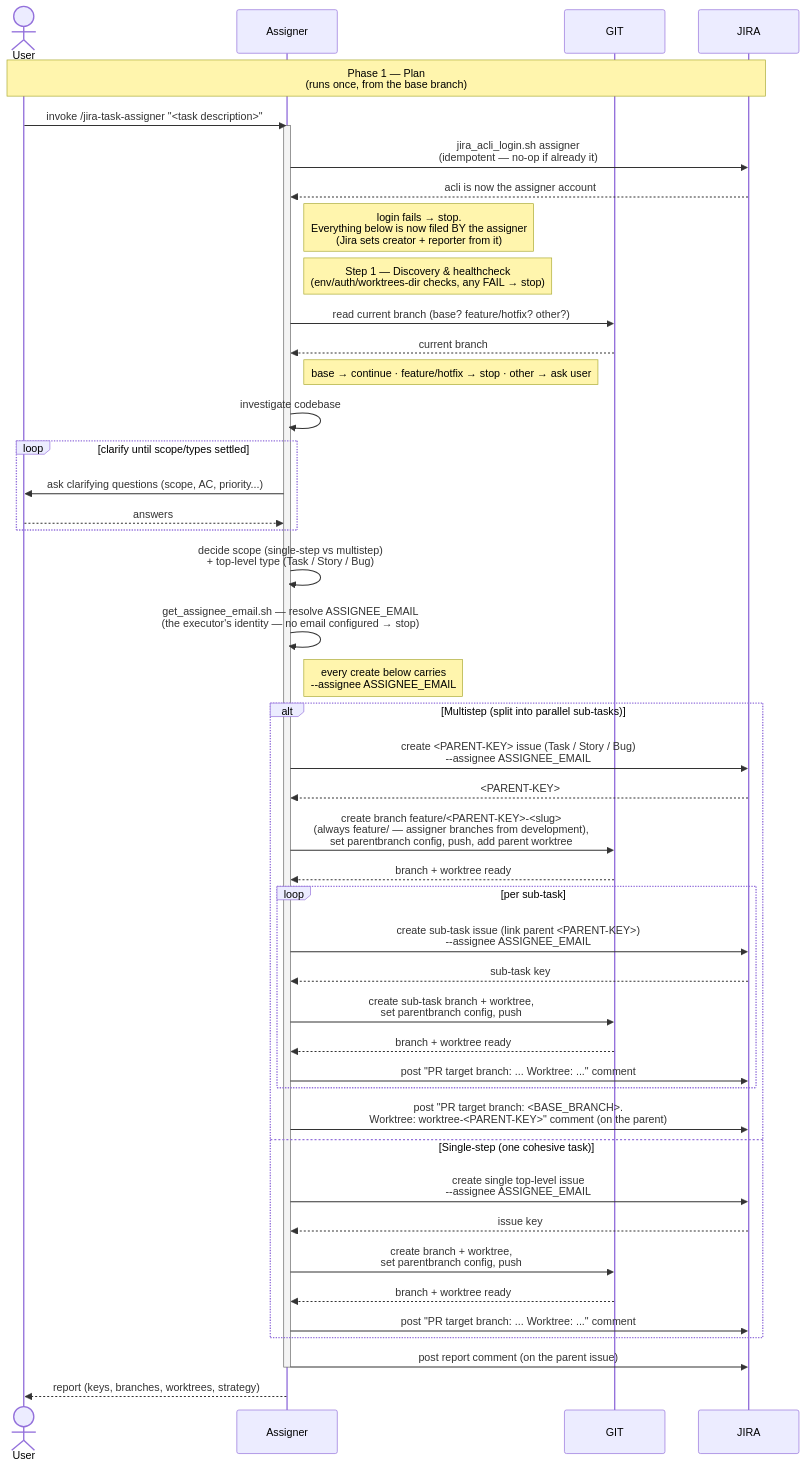
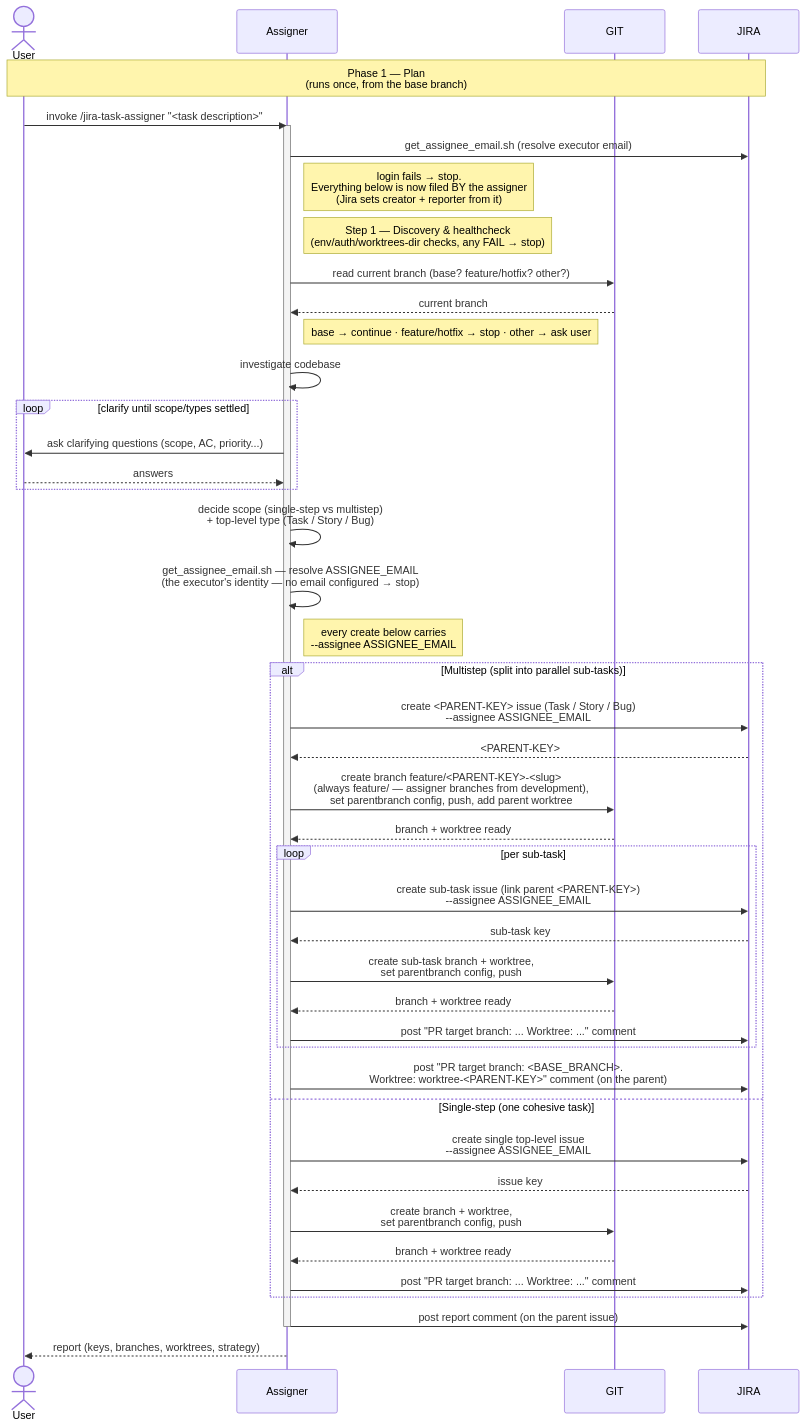
Before and after one commit to kantorv/jira-sdlc-tools: the diagram in plugins/jira-sdlc/docs/TASK-LIFECYCLE-PHASE-1.md, drawn with Mermaid. The commit also changed other lines of this file and 12 other files, not shown here.

````diff
--- a/plugins/jira-sdlc/docs/TASK-LIFECYCLE-PHASE-1.md
+++ b/plugins/jira-sdlc/docs/TASK-LIFECYCLE-PHASE-1.md
@@ -25,55 +25,54 @@
 ```mermaid
 sequenceDiagram
     actor User
     participant Assigner
     participant GIT
     participant JIRA
 
     Note over User,JIRA: Phase 1 — Plan<br/>(runs once, from the base branch)
     User->>Assigner: invoke /jira-task-assigner "<task description>"
 
     activate Assigner
-    Assigner->>JIRA: jira_acli_login.sh assigner<br/>(idempotent — no-op if already it)
-    JIRA-->>Assigner: acli is now the assigner account
+    Assigner->>JIRA: get_assignee_email.sh (resolve executor email)
     Note right of Assigner: login fails → stop.<br/>Everything below is now filed BY the assigner<br/>(Jira sets creator + reporter from it)
     Note right of Assigner: Step 1 — Discovery & healthcheck<br/>(env/auth/worktrees-dir checks, any FAIL → stop)
     Assigner->>GIT: read current branch (base? feature/hotfix? other?)
     GIT-->>Assigner: current branch
     Note right of Assigner: base → continue · feature/hotfix → stop · other → ask user
     Assigner->>Assigner: investigate codebase
 
     loop clarify until scope/types settled
         Assigner->>User: ask clarifying questions (scope, AC, priority...)
         User-->>Assigner: answers
     end
 
     Assigner->>Assigner: decide scope (single-step vs multistep)<br/>+ top-level type (Task / Story / Bug)
 
     Assigner->>Assigner: get_assignee_email.sh — resolve ASSIGNEE_EMAIL<br/>(the executor's identity — no email configured → stop)
     Note right of Assigner: every create below carries<br/>--assignee ASSIGNEE_EMAIL
 
     alt Multistep (split into parallel sub-tasks)
         Assigner->>JIRA: create <PARENT-KEY> issue (Task / Story / Bug)<br/>--assignee ASSIGNEE_EMAIL
         JIRA-->>Assigner: <PARENT-KEY>
         Assigner->>GIT: create branch feature/<PARENT-KEY>-<slug><br/>(always feature/ — assigner branches from development),<br/>set parentbranch config, push, add parent worktree
         GIT-->>Assigner: branch + worktree ready
         loop per sub-task
             Assigner->>JIRA: create sub-task issue (link parent <PARENT-KEY>)<br/>--assignee ASSIGNEE_EMAIL
             JIRA-->>Assigner: sub-task key
             Assigner->>GIT: create sub-task branch + worktree,<br/>set parentbranch config, push
             GIT-->>Assigner: branch + worktree ready
             Assigner->>JIRA: post "PR target branch: ... Worktree: ..." comment
         end
         Assigner->>JIRA: post "PR target branch: <BASE_BRANCH>.<br/>Worktree: worktree-<PARENT-KEY>" comment (on the parent)
     else Single-step (one cohesive task)
         Assigner->>JIRA: create single top-level issue<br/>--assignee ASSIGNEE_EMAIL
         JIRA-->>Assigner: issue key
         Assigner->>GIT: create branch + worktree,<br/>set parentbranch config, push
         GIT-->>Assigner: branch + worktree ready
         Assigner->>JIRA: post "PR target branch: ... Worktree: ..." comment
     end
     Assigner->>JIRA: post report comment (on the parent issue)
     deactivate Assigner
 
     Assigner-->>User: report (keys, branches, worktrees, strategy)
 ```
````
